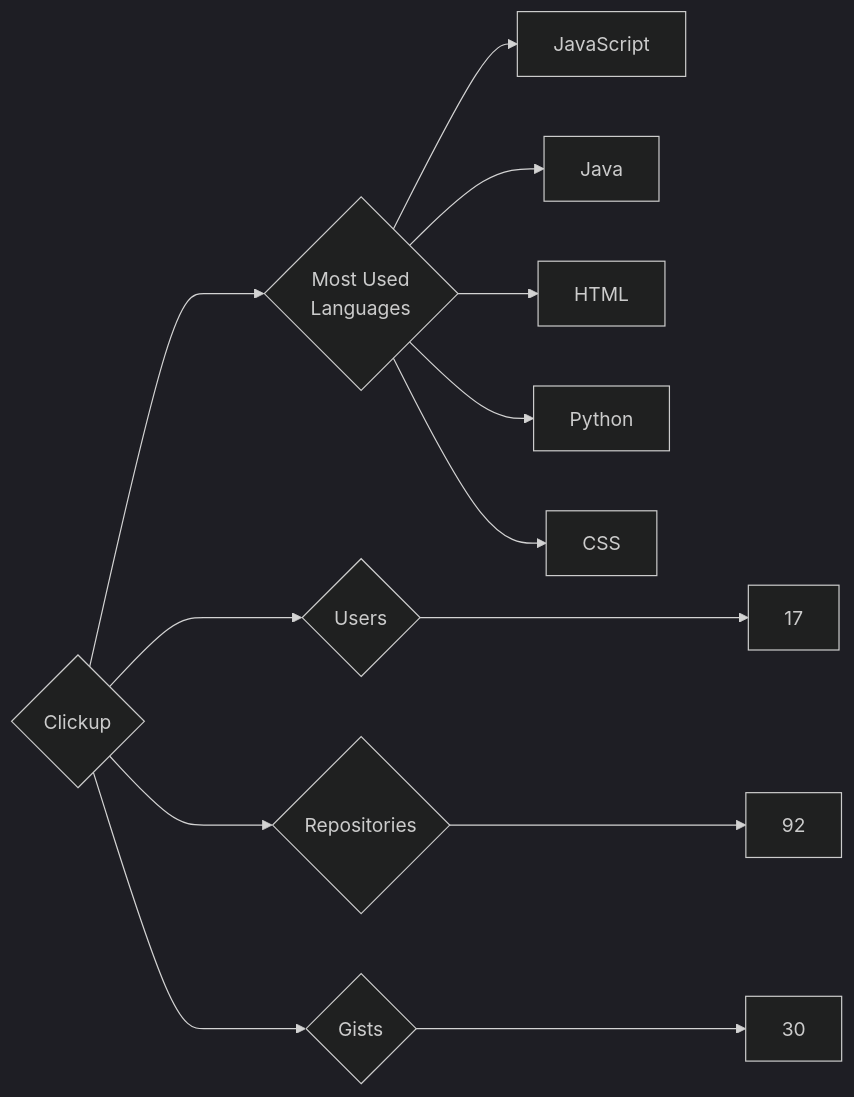
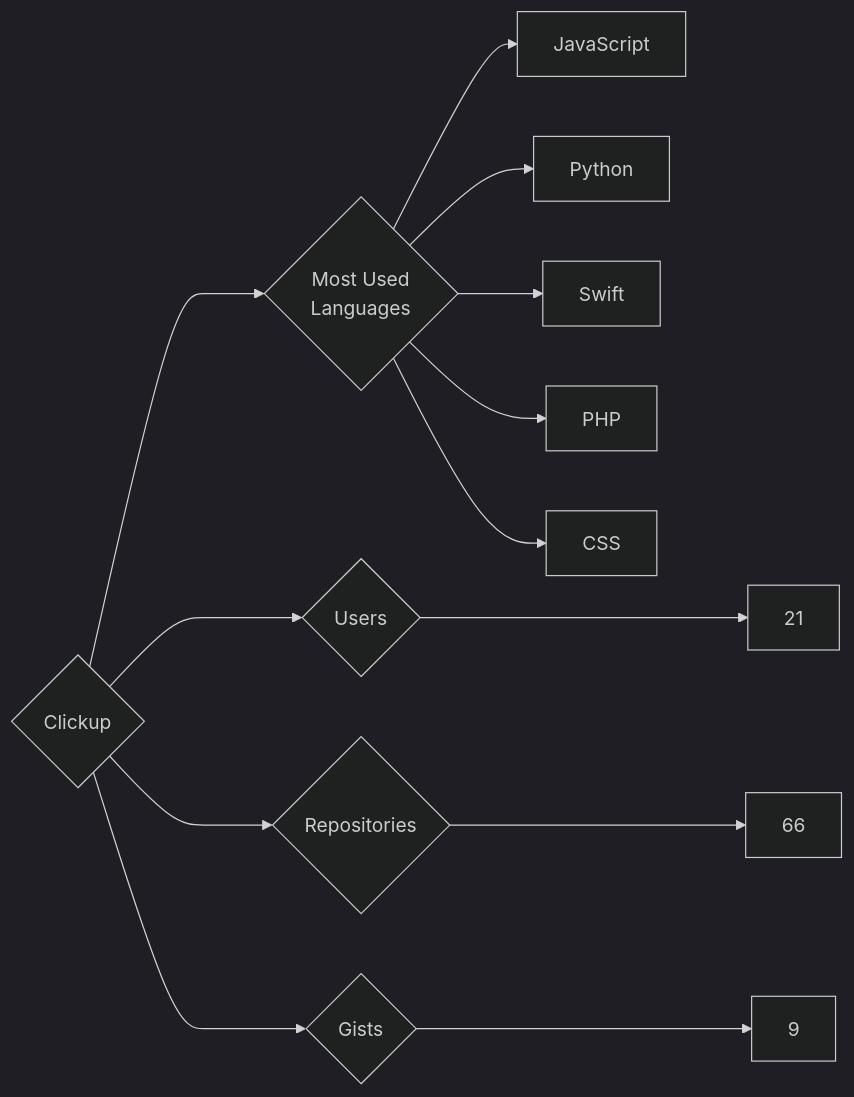
The diagram in targets/Clickup/README.md (trickest/insiders), drawn with Mermaid (dark theme) before and after one commit. The commit also changed 814 other files, not shown here.

````diff
--- a/targets/Clickup/README.md
+++ b/targets/Clickup/README.md
@@ -3,13 +3,13 @@
 ```mermaid
 graph LR
 COMPANY_NAME{Clickup}
-COMPANY_NAME ---> U{Users} ---> UN[17]
-COMPANY_NAME ---> R{Repositories} ---> RN[92]
-COMPANY_NAME ---> G{Gists} ---> GN[30]
+COMPANY_NAME ---> U{Users} ---> UN[21]
+COMPANY_NAME ---> R{Repositories} ---> RN[66]
+COMPANY_NAME ---> G{Gists} ---> GN[9]
 COMPANY_NAME ---> ML{Most Used<br>Languages}
 ML --> JavaScript[JavaScript]
-ML --> Java[Java]
-ML --> HTML[HTML]
 ML --> Python[Python]
+ML --> Swift[Swift]
+ML --> PHP[PHP]
 ML --> CSS[CSS]
 ```
````
